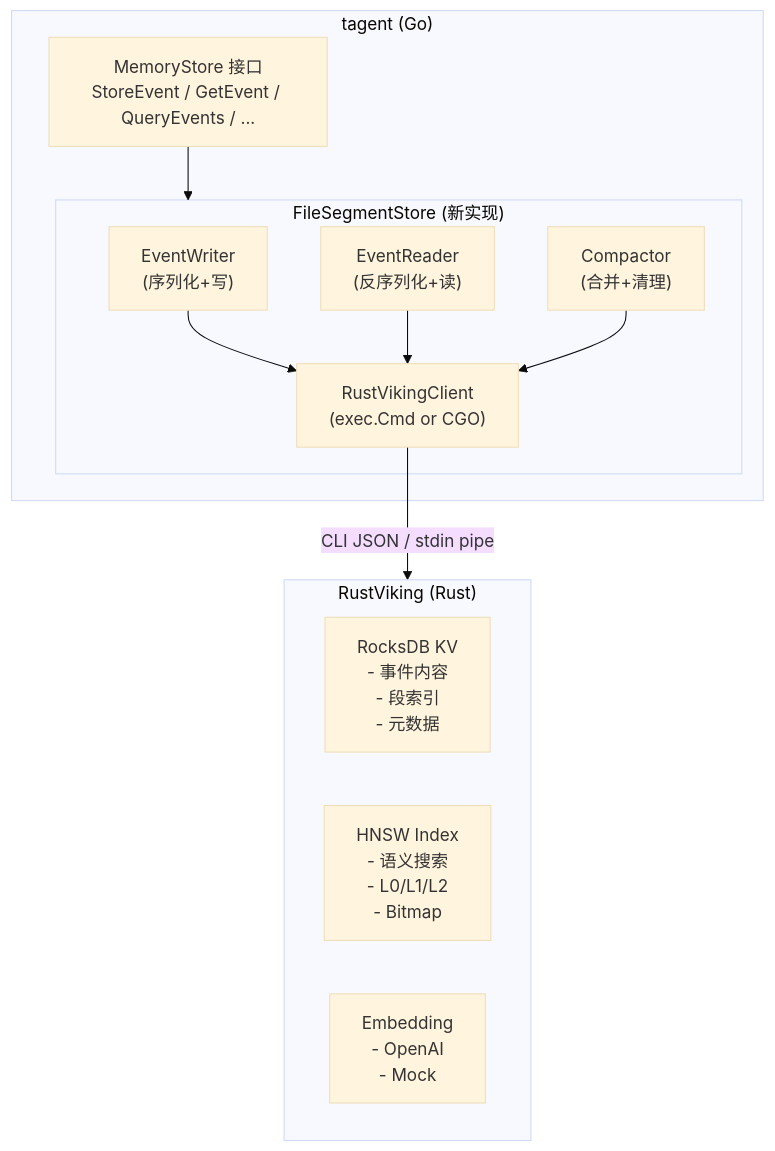
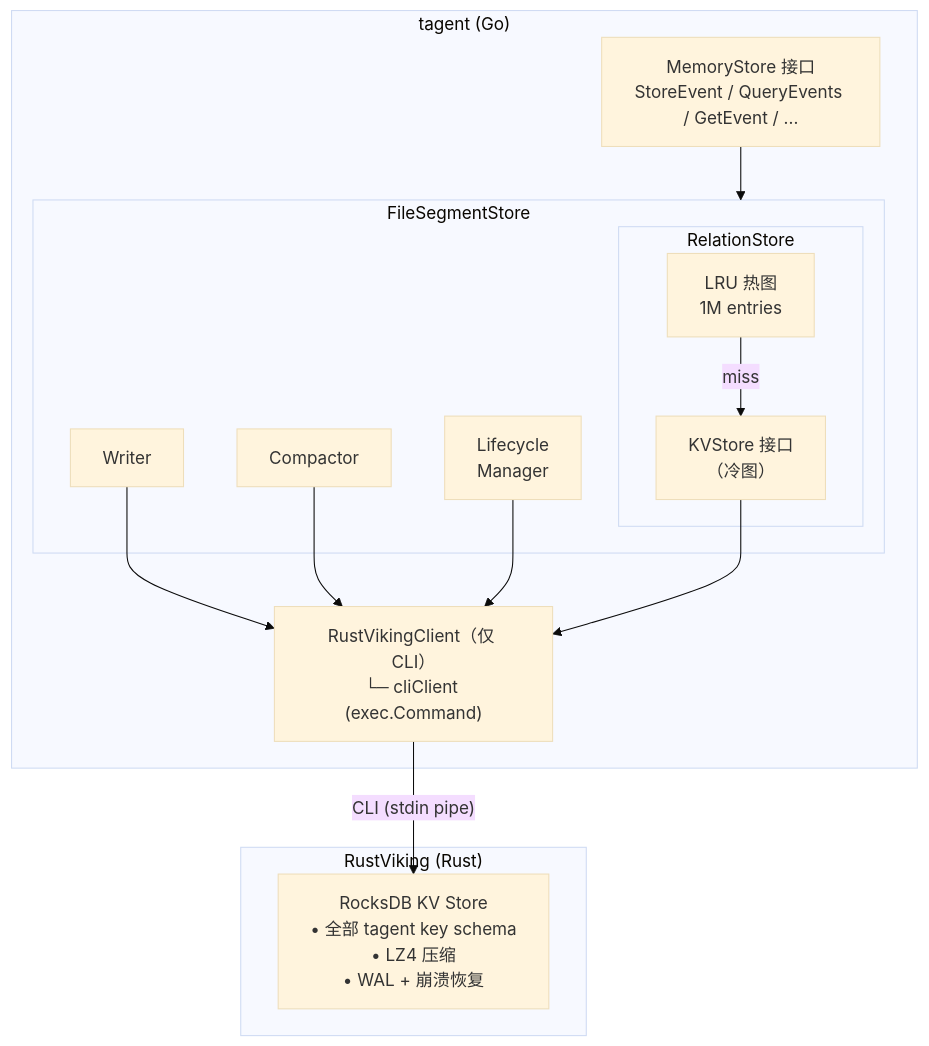
One commit to SpellingDragon/tagent changed the first of 2 diagrams in docs/.dev/20260504-rustviking-integration-evaluation.md. Above: the diagram before and after it, drawn with Mermaid (base theme). The commit also changed other lines of this file and 109 other files, not shown here.

````diff
--- a/docs/.dev/20260504-rustviking-integration-evaluation.md
+++ b/docs/.dev/20260504-rustviking-integration-evaluation.md
@@ -332,24 +236,32 @@
 ```mermaid
 graph TB
-    subgraph Tagent["tagent (Go)"]
-        MS["MemoryStore 接口<br/>StoreEvent / GetEvent / QueryEvents / ..."]
-        subgraph FSS["FileSegmentStore (新实现)"]
-            EW["EventWriter<br/>(序列化+写)"]
-            ER["EventReader<br/>(反序列化+读)"]
-            CP["Compactor<br/>(合并+清理)"]
-            RVC["RustVikingClient<br/>(exec.Cmd or CGO)"]
+    subgraph tagent["tagent (Go)"]
+        API["MemoryStore 接口<br/>StoreEvent / QueryEvents / GetEvent / ..."]
+
+        subgraph FSS["FileSegmentStore"]
+            Writer["Writer"]
+            Compactor["Compactor"]
+            Lifecycle["Lifecycle<br/>Manager"]
+
+            subgraph RelStore["RelationStore"]
+                LRU["LRU 热图<br/>1M entries"]
+                KV["KVStore 接口<br/>（冷图）"]
+                LRU -- "miss" --> KV
+            end
         end
-        MS --> FSS
-        EW --> RVC
-        ER --> RVC
-        CP --> RVC
+
+        Client["RustVikingClient（仅 CLI）<br/>└─ cliClient (exec.Command)"]
+
+        API --> FSS
+        Writer --> Client
+        Compactor --> Client
+        Lifecycle --> Client
+        KV --> Client
     end
 
-    subgraph RustViking["RustViking (Rust)"]
-        KV["RocksDB KV<br/>- 事件内容<br/>- 段索引<br/>- 元数据"]
-        HNSW["HNSW Index<br/>- 语义搜索<br/>- L0/L1/L2<br/>- Bitmap"]
-        EMB["Embedding<br/>- OpenAI<br/>- Mock"]
+    subgraph rustviking["RustViking (Rust)"]
+        RocksDB["RocksDB KV Store<br/>• 全部 tagent key schema<br/>• LZ4 压缩<br/>• WAL + 崩溃恢复"]
     end
 
-    RVC -->|"CLI JSON / stdin pipe"| RustViking
+    Client -- "CLI (stdin pipe)" --> RocksDB
 ```
````
